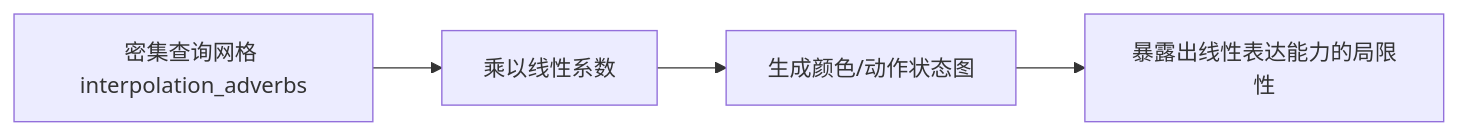
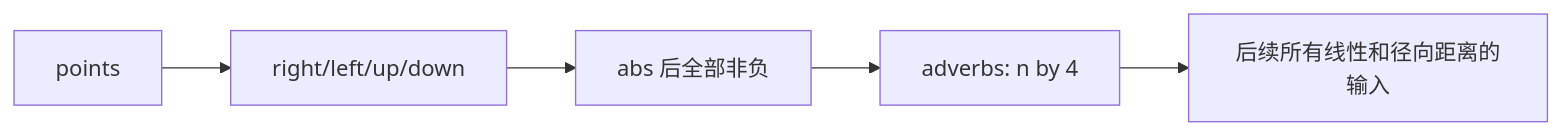
Before and after one commit to EvihGraphics/AnimationTech-HTC: the ninth of 14 diagrams in docs/blog/Theory/radial_basis_function_verbs_and_adverbs/README.md, drawn with Mermaid. The commit also changed other lines of this file and 6 other files, not shown here.

````diff
--- a/docs/blog/Theory/radial_basis_function_verbs_and_adverbs/README.md
+++ b/docs/blog/Theory/radial_basis_function_verbs_and_adverbs/README.md
@@ -157,6 +227,7 @@
 ```mermaid
 flowchart LR
-    A[密集查询网格 interpolation_adverbs] --> B[乘以线性系数]
-    B --> C[生成颜色/动作状态图]
-    C --> D[暴露出线性表达能力的局限性]
+    A[points] --> B[right/left/up/down]
+    B --> C[abs 后全部非负]
+    C --> D[adverbs: n by 4]
+    D --> E[后续所有线性和径向距离的输入]
 ```
````
